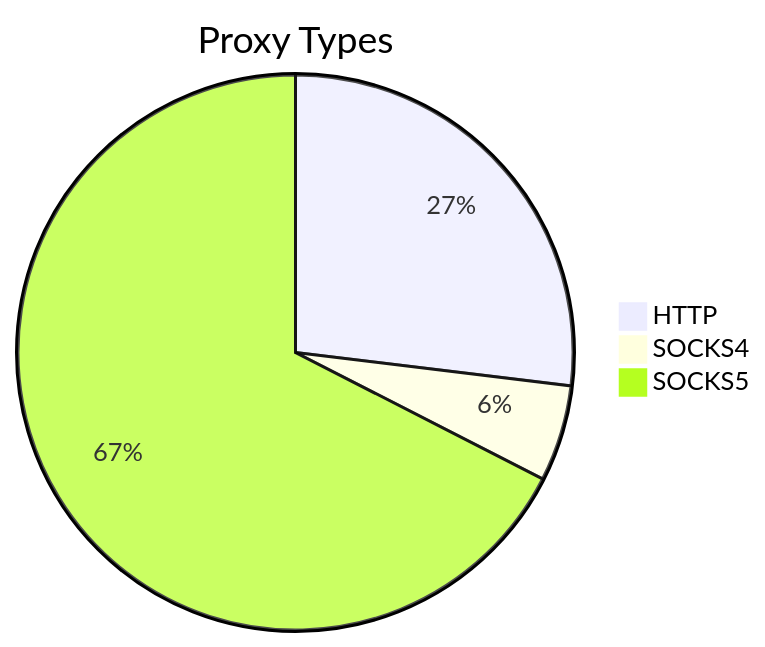
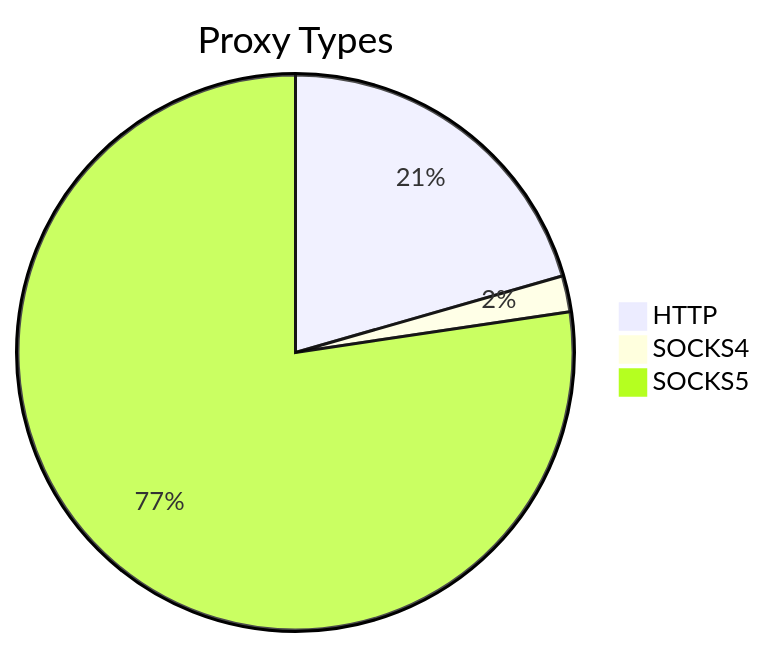
One commit to stormsia/proxy-list changed the first of 2 diagrams in README.md. Above: the diagram before and after it, drawn with Mermaid. The commit also changed other lines of this file, not shown here.

````diff
--- a/README.md
+++ b/README.md
@@ -21,6 +21,6 @@
 ```mermaid
 pie title Proxy Types
-    "HTTP" : 312
-    "SOCKS4" : 65
-    "SOCKS5" : 782
+    "HTTP" : 186
+    "SOCKS4" : 19
+    "SOCKS5" : 700
 ```
````
